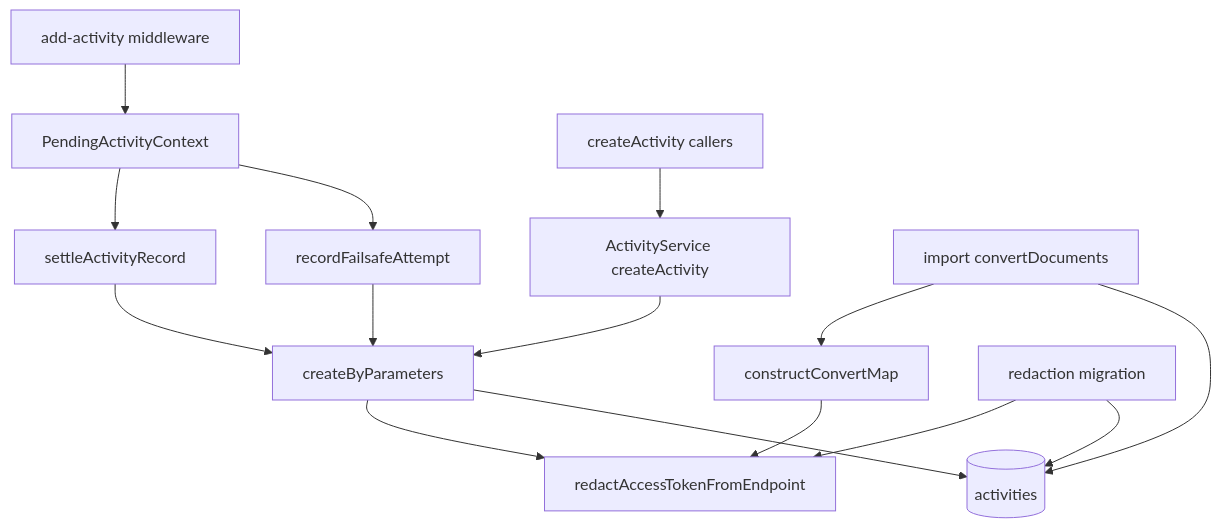
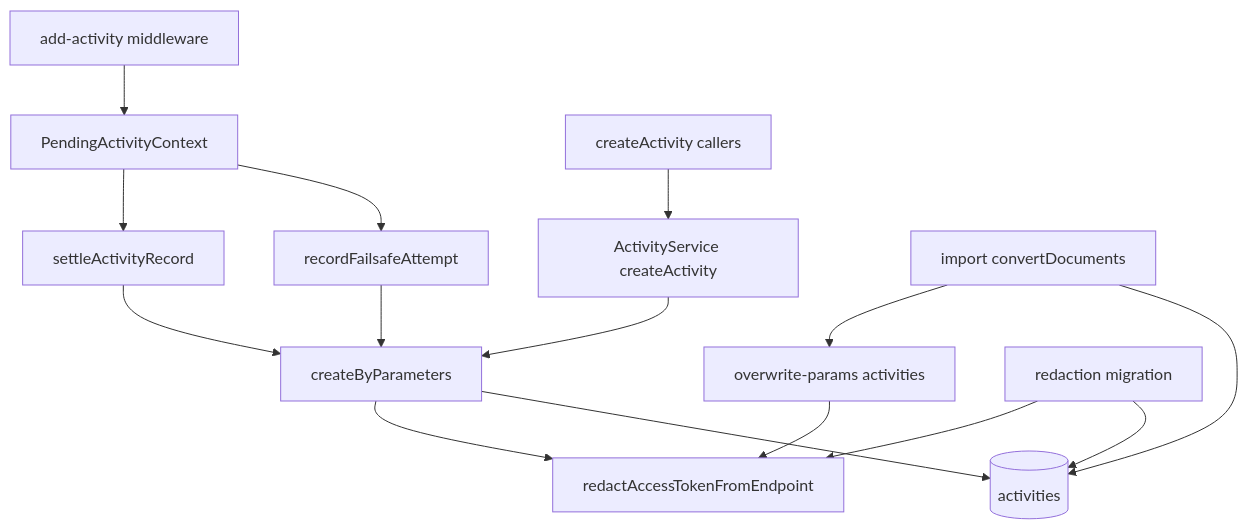
Before and after one commit to growilabs/growi: the first of 2 diagrams in .kiro/specs/activity-access-token-redaction/design.md, drawn with Mermaid. The commit also changed other lines of this file and 2 other files, not shown here.

First line of the commit message:
docs(activity-access-token-redaction): redact import endpoint via overwrite-params

````diff
--- a/.kiro/specs/activity-access-token-redaction/design.md
+++ b/.kiro/specs/activity-access-token-redaction/design.md
@@ -106,17 +105,17 @@
 ```mermaid
 graph TB
     Middleware[add-activity middleware] --> Context[PendingActivityContext]
     Context --> Settle[settleActivityRecord]
     Context --> Failsafe[recordFailsafeAttempt]
     DirectCallers[createActivity callers] --> CreateActivity[ActivityService createActivity]
     Settle --> SavePort[createByParameters]
     Failsafe --> SavePort
     CreateActivity --> SavePort
     SavePort --> Redact[redactAccessTokenFromEndpoint]
     SavePort --> Activities[(activities)]
-    Import[import convertDocuments] --> ConvertMap[constructConvertMap]
-    ConvertMap --> Redact
+    Import[import convertDocuments] --> Overwrite[overwrite-params activities]
+    Overwrite --> Redact
     Import --> Activities
     Migration[redaction migration] --> Redact
     Migration --> Activities
 ```
````
